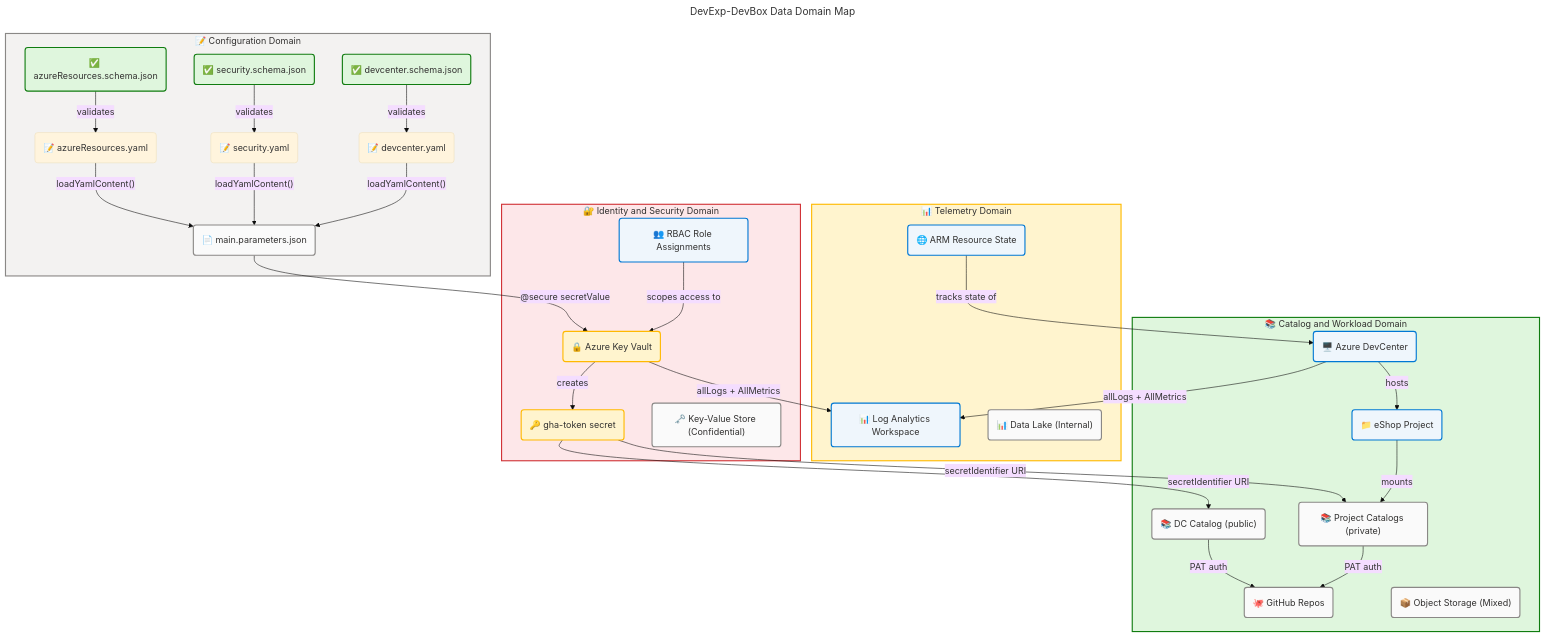
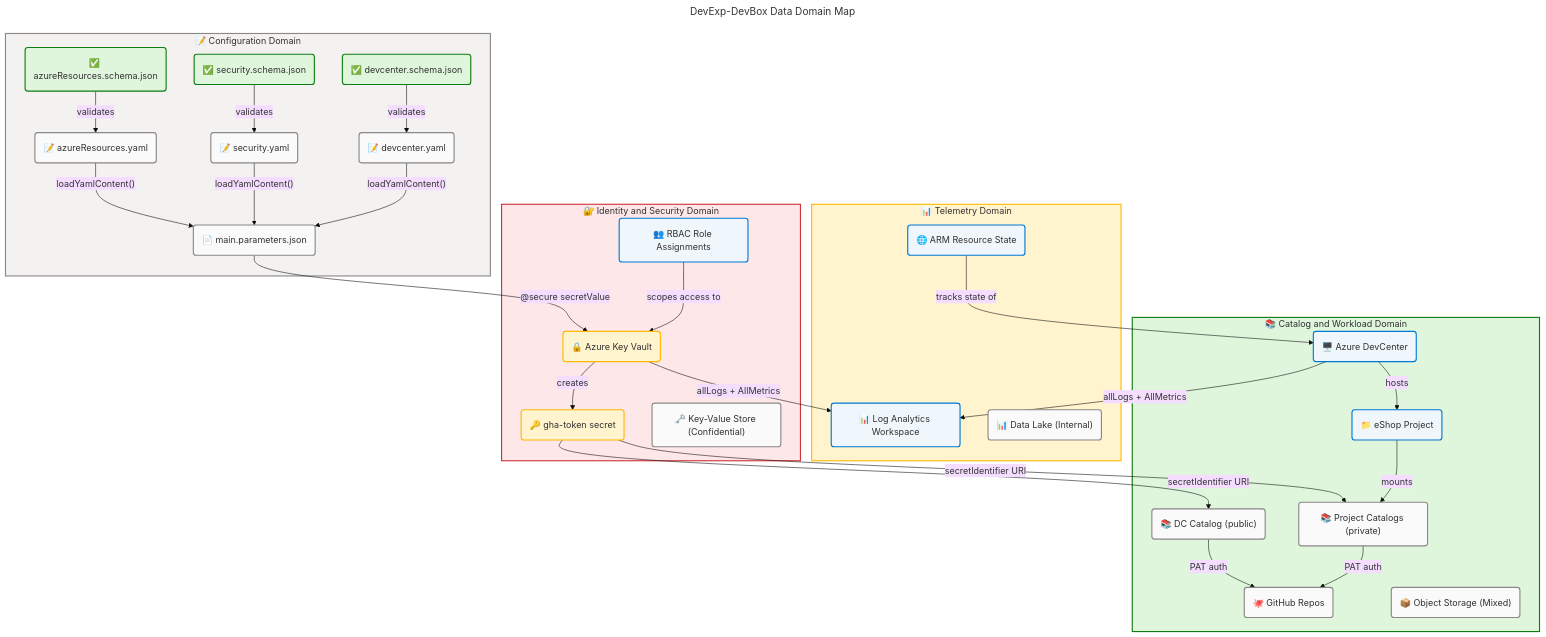
Before and after one commit to Evilazaro/DevExp-DevBox: the first of 5 diagrams in docs/architecture/data-architecture.md, drawn with Mermaid. The commit also changed other lines of this file, not shown here.

Commit message:
refactor: Update diagram styles for improved visual consistency in configuration and runtime sections

```diff
--- a/docs/architecture/data-architecture.md
+++ b/docs/architecture/data-architecture.md
@@ -260,9 +260,9 @@
     %% ═══════════════════════════════════════════════════════════════════════════
 
     subgraph configDomain["📝 Configuration Domain"]
-        yaml1("📝 azureResources.yaml"):::data
-        yaml2("📝 security.yaml"):::data
-        yaml3("📝 devcenter.yaml"):::data
+        yaml1("📝 azureResources.yaml"):::neutral
+        yaml2("📝 security.yaml"):::neutral
+        yaml3("📝 devcenter.yaml"):::neutral
         schema1("✅ azureResources.schema.json"):::success
         schema2("✅ security.schema.json"):::success
         schema3("✅ devcenter.schema.json"):::success
```
